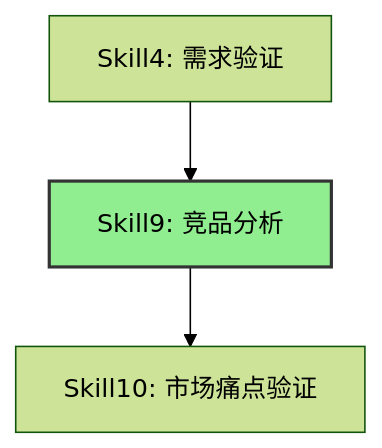
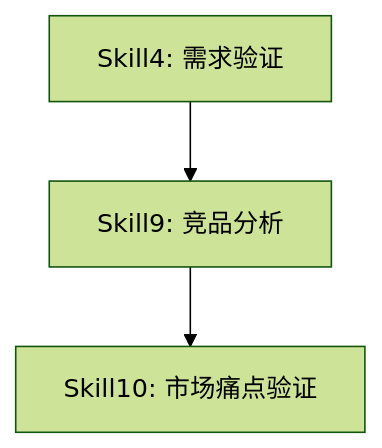
The first of 4 diagrams in skills/s2-market/skill9-competitor/SKILL.md (HeartFlying/swf), drawn with Mermaid (forest theme) before and after one commit. The commit also changed other lines of this file and 39 other files, not shown here.

````diff
--- a/skills/s2-market/skill9-competitor/SKILL.md
+++ b/skills/s2-market/skill9-competitor/SKILL.md
@@ -80,7 +75,6 @@
 ```mermaid
 graph TD
     A[Skill4: 需求验证] --> B[Skill9: 竞品分析]
     B --> C[Skill10: 市场痛点验证]
     
-    style B fill:#90EE90,stroke:#333,stroke-width:2px
 ```
````
